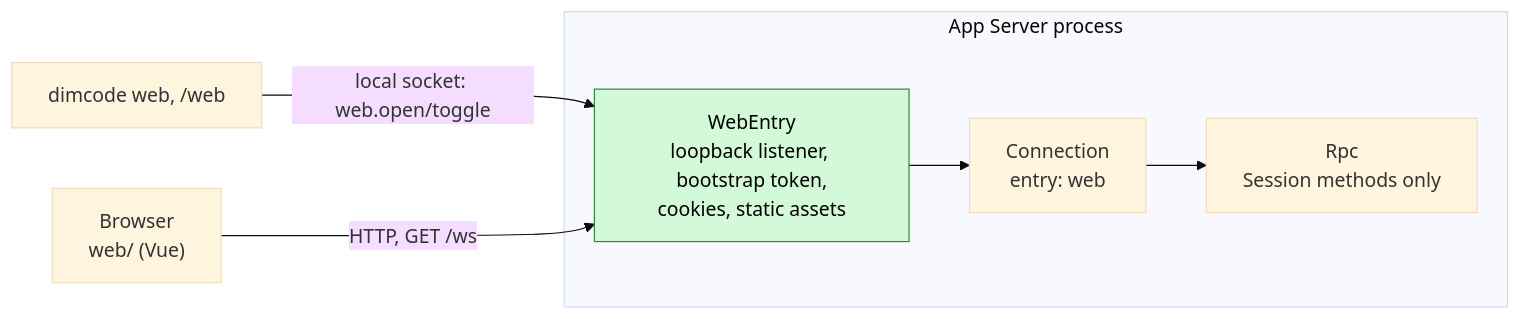
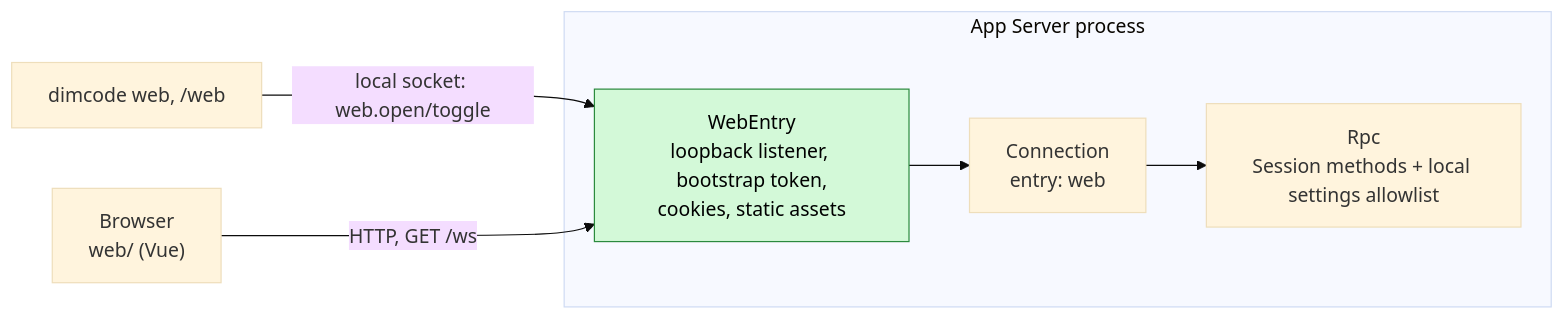
Before and after one commit to CoutinhoTTS/dim-agent: the diagram in docs/design/web-workspace.md, drawn with Mermaid (base theme). The commit also changed other lines of this file and 68 other files, not shown here.

````diff
--- a/docs/design/web-workspace.md
+++ b/docs/design/web-workspace.md
@@ -9,12 +9,12 @@
 ```mermaid
 flowchart LR
   CLI["dimcode web, /web"] -->|"local socket: web.open/toggle"| WE
   subgraph P["App Server process"]
     WE["WebEntry<br/>loopback listener, bootstrap token,<br/>cookies, static assets"]:::new
     CONN["Connection<br/>entry: web"]
-    RPC["Rpc<br/>Session methods only"]
+    RPC["Rpc<br/>Session methods + local settings allowlist"]
   end
   B["Browser<br/>web/ (Vue)"] -->|"HTTP, GET /ws"| WE
   WE --> CONN --> RPC
   classDef new fill:#d3f9d8,stroke:#2b8a3e,color:#000
 ```
````
